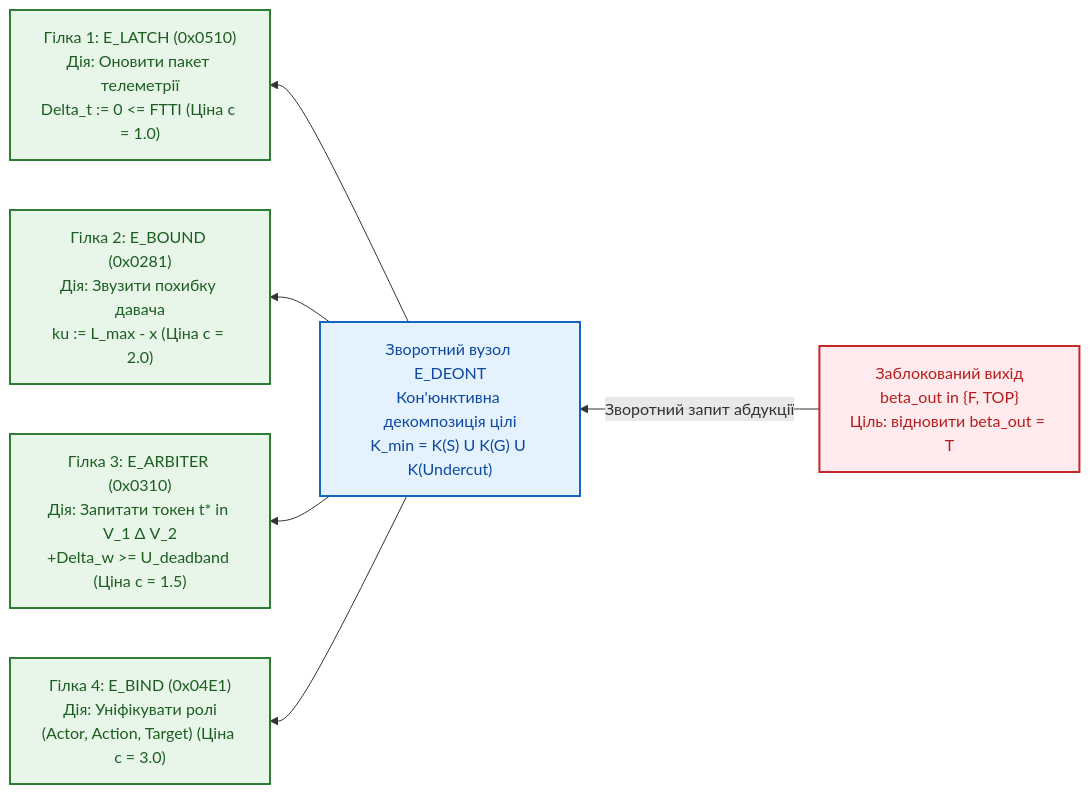
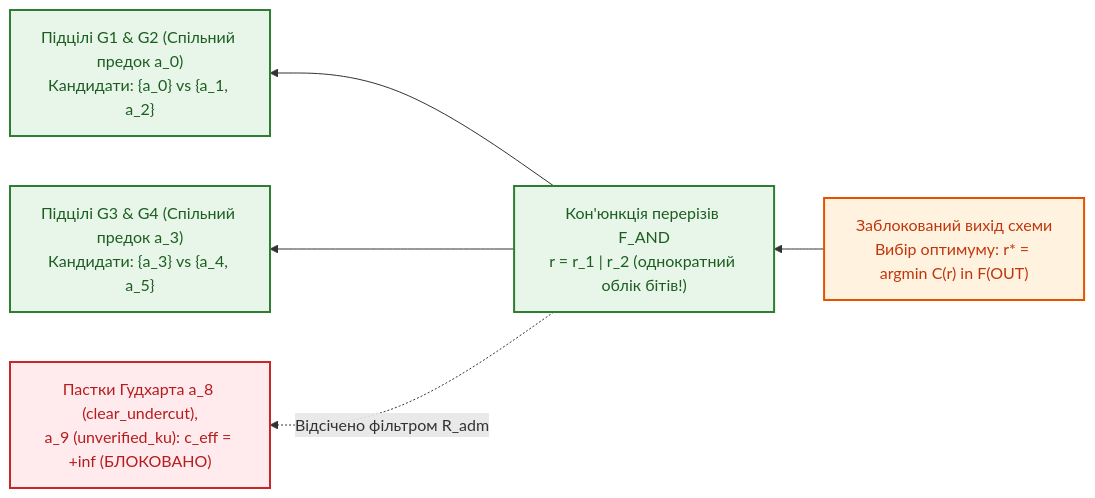
One commit to nick-fedchik/articles changed the diagram in Epistemic_Circuit_Theory/memo-06-backward-epistemic-abduction-fault-trees-and-minimal-cut-sets.md. Above: the diagram before and after it, drawn with Mermaid. The commit also changed other lines of this file and 4 other files, not shown here.

````diff
--- a/Epistemic_Circuit_Theory/memo-06-backward-epistemic-abduction-fault-trees-and-minimal-cut-sets.md
+++ b/Epistemic_Circuit_Theory/memo-06-backward-epistemic-abduction-fault-trees-and-minimal-cut-sets.md
@@ -90,27 +76,24 @@
 ```mermaid
 flowchart RL
-    accTitle: Рисунок 1. Схема зворотного поширення епістемічної абдукції від заблокованого виходу до первинних входів
-    accDescr: Діаграма ілюструє зворотний прохід (справа наліво) від вихідного вердикту F/TOP через деонтичний вентиль E_DEONT до чотирьох первинних гілок діагностики: оновлення мітки часу FTTI у E_LATCH, звуження похибки ku у E_BOUND, вибору розрізнювального токена t* у E_ARBITER та виправлення ролей у E_BIND.
+    accTitle: Рисунок 1. Поширення Парето-фронтів бітових масок ремонту F(v) та блокування пасток Гудхарта
+    accDescr: Діаграма показує зворотний обхід DAG зі спільними терміналами a_0 (спільна шина FTTI) та a_3 (спільний фільтр Калмана), де побітове об'єднання масок r_1 | r_2 знаходить глобальний оптимум без подвійного обліку, а фільтр R_adm блокує пастки Гудхарта a_8 та a_9.
 
-    OUT["Заблокований вихід\nbeta_out in {F, TOP}\nЦіль: відновити beta_out = T"]
-    DEONT["Зворотний вузол E_DEONT\nКон'юнктивна декомпозиція цілі\nK_min = K(S) U K(G) U K(Undercut)"]
+    OUT["Заблокований вихід схеми\nВибір оптимуму: r* = argmin C(r) in F(OUT)"]
+    AND_TOP["Кон'юнкція перерізів F_AND\nr = r_1 | r_2 (однократний облік бітів!)"]
 
-    LATCH_FIX["Гілка 1: E_LATCH (0x0510)\nДія: Оновити пакет телеметрії\nDelta_t := 0 <= FTTI (Ціна c = 1.0)"]
-    BOUND_FIX["Гілка 2: E_BOUND (0x0281)\nДія: Звузити похибку давача\nku := L_max - x (Ціна c = 2.0)"]
-    ARB_FIX["Гілка 3: E_ARBITER (0x0310)\nДія: Запитати токен t* in V_1 Δ V_2\n+Delta_w >= U_deadband (Ціна c = 1.5)"]
-    BIND_FIX["Гілка 4: E_BIND (0x04E1)\nДія: Уніфікувати ролі\n(Actor, Action, Target) (Ціна c = 3.0)"]
+    SUB12["Підцілі G1 & G2 (Спільний предок a_0)\nКандидати: {a_0} vs {a_1, a_2}"]
+    SUB34["Підцілі G3 & G4 (Спільний предок a_3)\nКандидати: {a_3} vs {a_4, a_5}"]
+    TRAP["Пастки Гудхарта a_8 (clear_undercut),\na_9 (unverified_ku): c_eff = +inf (БЛОКОВАНО)"]
 
-    OUT -->|"Зворотний запит абдукції"| DEONT
-    DEONT --> LATCH_FIX
-    DEONT --> BOUND_FIX
-    DEONT --> ARB_FIX
-    DEONT --> BIND_FIX
+    OUT --> AND_TOP
+    AND_TOP --> SUB12 & SUB34
+    AND_TOP -.->|"Відсічено фільтром R_adm"| TRAP
 
-    classDef outFault fill:#ffebee,stroke:#c62828,stroke-width:2px,color:#b71c1c;
-    classDef backGate fill:#e3f2fd,stroke:#1565c0,stroke-width:2px,color:#0d47a1;
-    classDef repairLeaf fill:#e8f5e9,stroke:#2e7d32,stroke-width:2px,color:#1b5e20;
+    classDef outNode fill:#fff3e0,stroke:#e65100,stroke-width:2px,color:#bf360c;
+    classDef paretoNode fill:#e8f5e9,stroke:#2e7d32,stroke-width:2px,color:#1b5e20;
+    classDef blockedNode fill:#ffebee,stroke:#c62828,stroke-width:2px,color:#b71c1c;
 
-    class OUT outFault;
-    class DEONT backGate;
-    class LATCH_FIX,BOUND_FIX,ARB_FIX,BIND_FIX repairLeaf;
+    class OUT outNode;
+    class AND_TOP,SUB12,SUB34 paretoNode;
+    class TRAP blockedNode;
 ```
````
